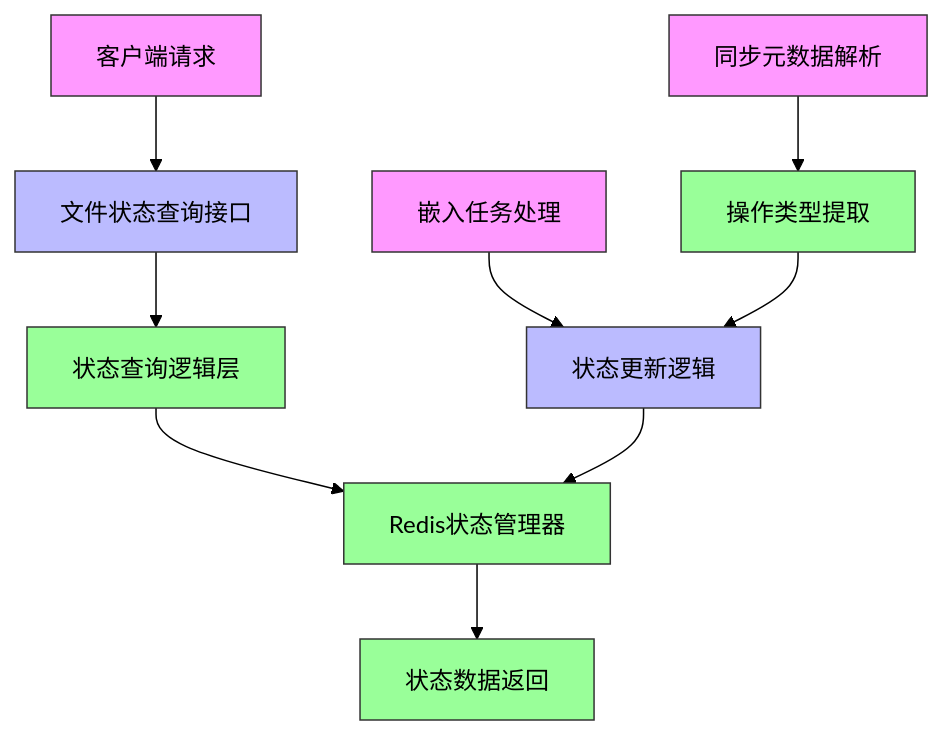
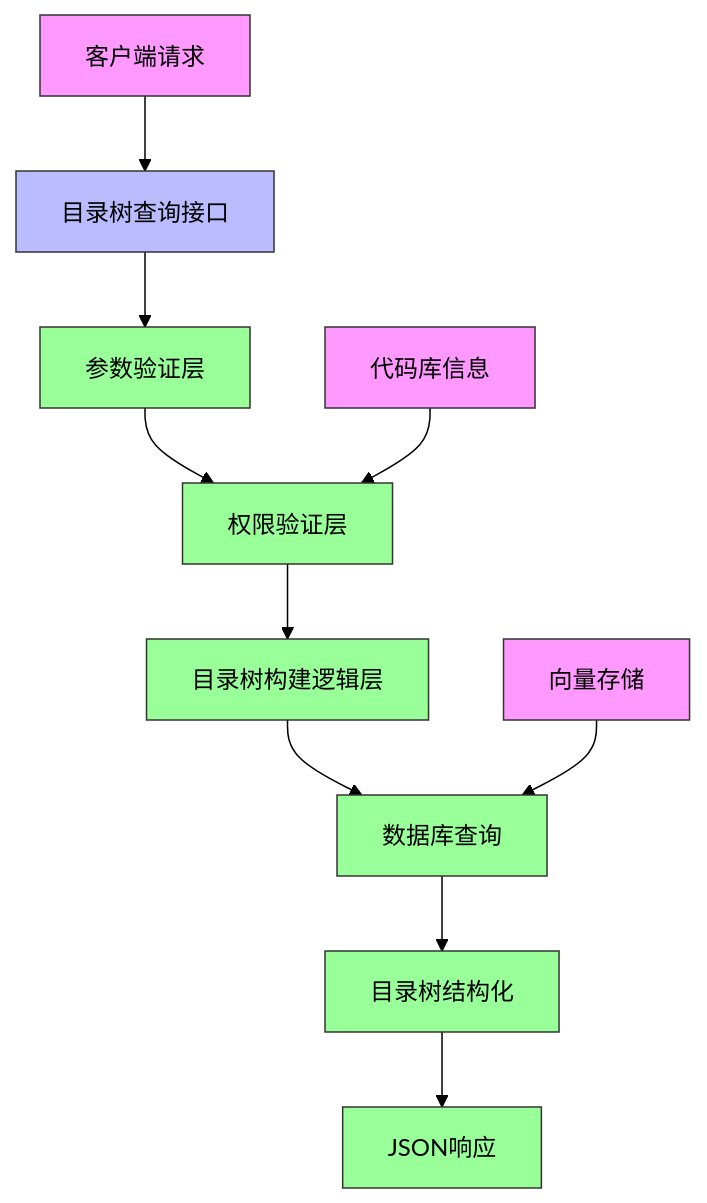
Before and after one commit to zgsm-ai/codebase-embedder: the first of 2 diagrams in docs/technical.md, drawn with Mermaid (forest theme). The commit also changed other lines of this file and 15 other files, not shown here.

````diff
--- a/docs/technical.md
+++ b/docs/technical.md
@@ -18,22 +19,24 @@
 ```mermaid
 graph TD
-    A[客户端请求] --> B[文件状态查询接口]
-    B --> C[状态查询逻辑层]
-    C --> D[Redis状态管理器]
-    D --> E[状态数据返回]
+    A[客户端请求] --> B[目录树查询接口]
+    B --> C[参数验证层]
+    C --> D[权限验证层]
+    D --> E[目录树构建逻辑层]
+    E --> F[数据库查询]
+    F --> G[目录树结构化]
+    G --> H[JSON响应]
     
-    F[嵌入任务处理] --> G[状态更新逻辑]
-    G --> D
-    H[同步元数据解析] --> I[操作类型提取]
-    I --> G
+    I[向量存储] --> F
+    J[代码库信息] --> D
     
     style A fill:#f9f,stroke:#333
     style B fill:#bbf,stroke:#333
     style C fill:#9f9,stroke:#333
     style D fill:#9f9,stroke:#333
     style E fill:#9f9,stroke:#333
-    style F fill:#f9f,stroke:#333
-    style G fill:#bbf,stroke:#333
-    style H fill:#f9f,stroke:#333
-    style I fill:#9f9,stroke:#333
+    style F fill:#9f9,stroke:#333
+    style G fill:#9f9,stroke:#333
+    style H fill:#9f9,stroke:#333
+    style I fill:#f9f,stroke:#333
+    style J fill:#f9f,stroke:#333
 ```
````
